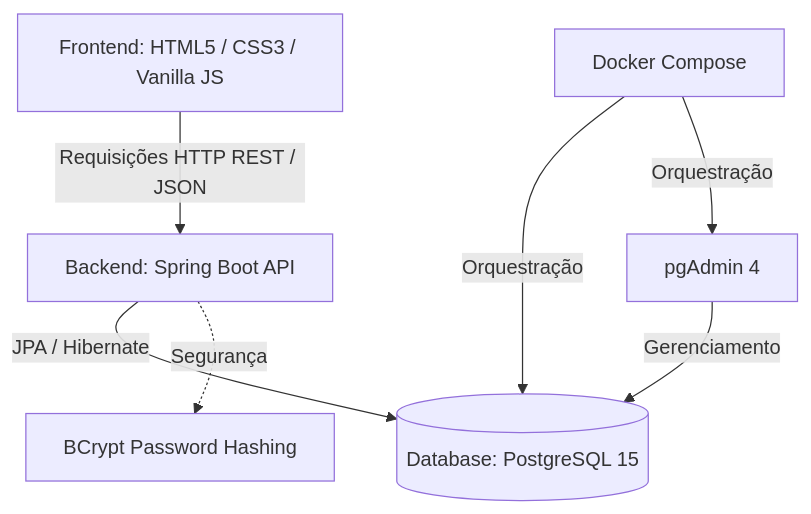
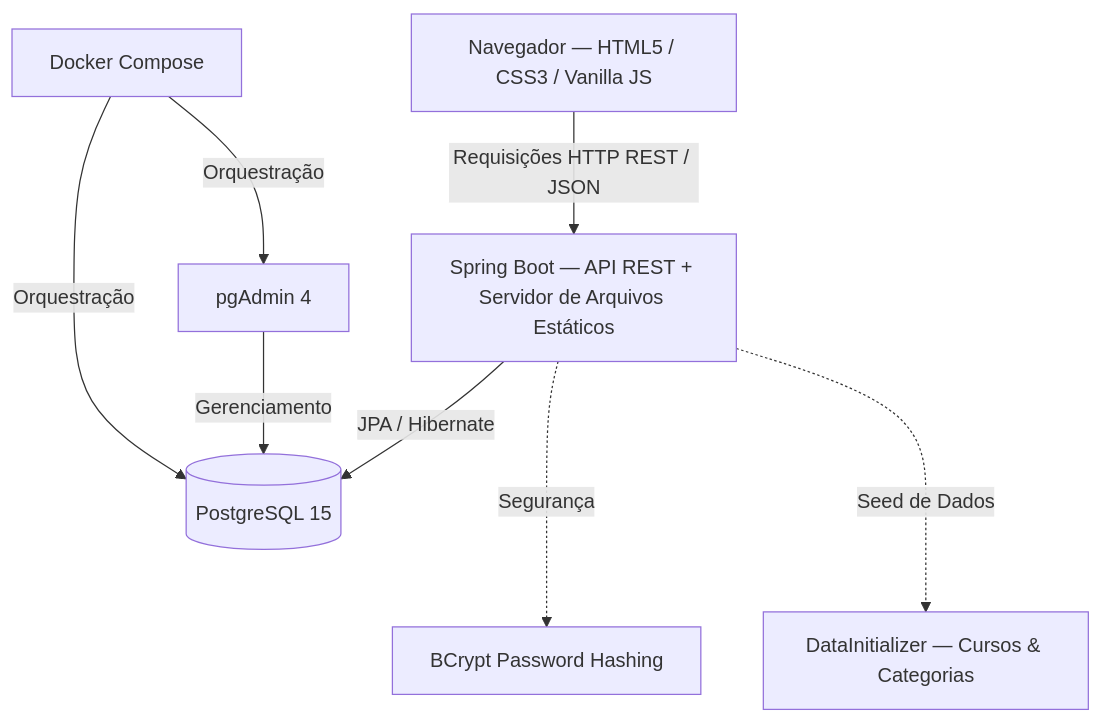
One commit to Nicolas75460/sistema-trocas-alunos changed the diagram in README.md. Above: the diagram before and after it, drawn with Mermaid. The commit also changed other lines of this file and 99 other files, not shown here.

````diff
--- a/README.md
+++ b/README.md
@@ -42,9 +43,10 @@
 ```mermaid
 graph TD
-    A[Frontend: HTML5 / CSS3 / Vanilla JS] -->|Requisições HTTP REST / JSON| B[Backend: Spring Boot API]
-    B -->|JPA / Hibernate| C[(Database: PostgreSQL 15)]
-    B -.->|Segurança| D[BCrypt Password Hashing]
-    E[pgAdmin 4] -->|Gerenciamento| C
-    F[Docker Compose] -->|Orquestração| C
-    F -->|Orquestração| E
+    A[Navegador — HTML5 / CSS3 / Vanilla JS] -->|Requisições HTTP REST / JSON| B[Spring Boot — API REST + Servidor de Arquivos Estáticos]
+    B -->|JPA / Hibernate| C[(PostgreSQL 15)]
+    B -..->|Segurança| D[BCrypt Password Hashing]
+    B -..->|Seed de Dados| E[DataInitializer — Cursos & Categorias]
+    F[pgAdmin 4] -->|Gerenciamento| C
+    G[Docker Compose] -->|Orquestração| C
+    G -->|Orquestração| F
 ```
````
